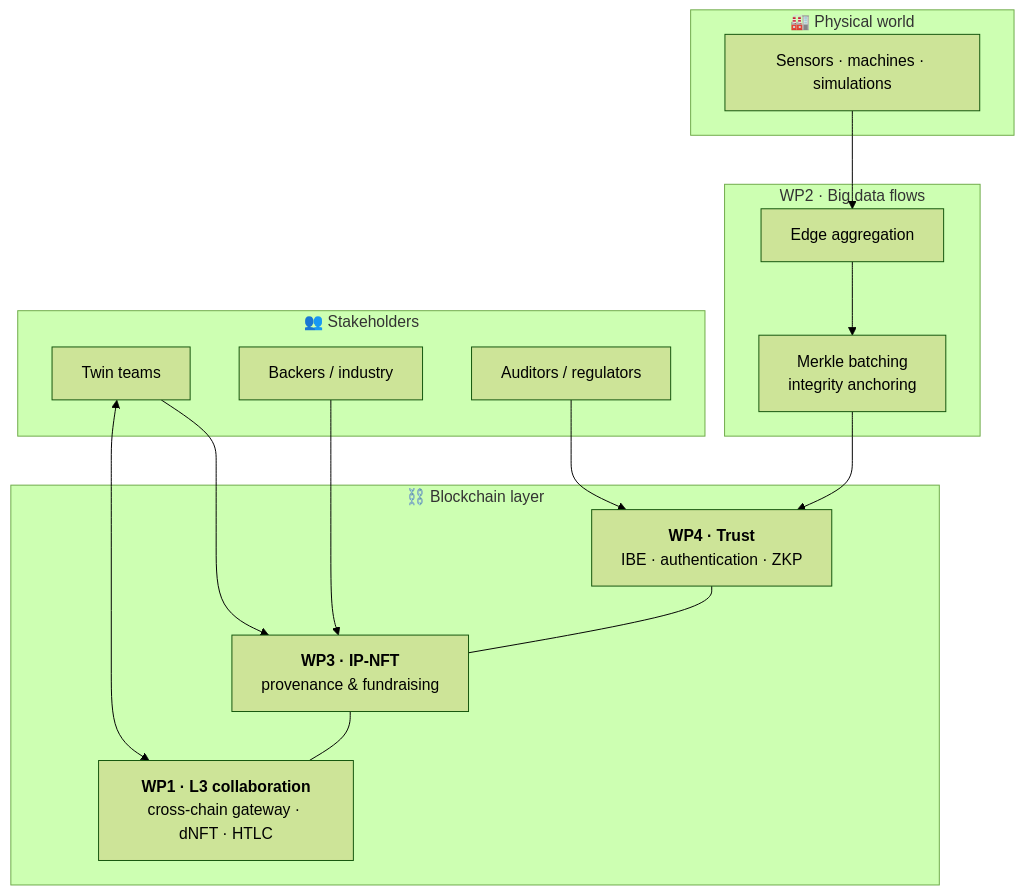
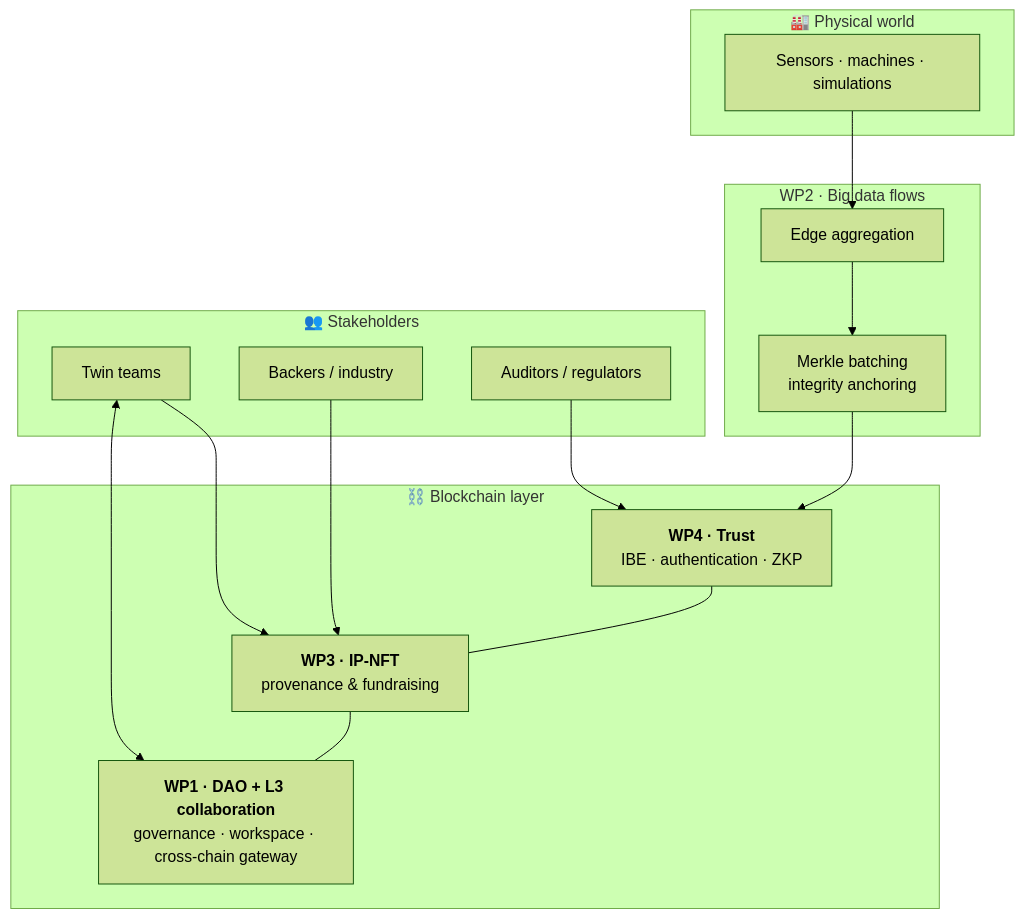
The first of 2 diagrams in README.md (smhbamakan/DeDT-platform), drawn with Mermaid (forest theme) before and after one commit. The commit also changed other lines of this file and 18 other files, not shown here.

First line of the commit message:
WP1 D1.2: DAO workspace for twin teams

````diff
--- a/README.md
+++ b/README.md
@@ -22,31 +22,31 @@
 ```mermaid
 flowchart TB
     subgraph Physical["🏭 Physical world"]
         S["Sensors · machines · simulations"]
     end
 
     subgraph WP2["WP2 · Big data flows"]
         E["Edge aggregation"] --> M["Merkle batching<br/>integrity anchoring"]
     end
 
     subgraph Chain["⛓️ Blockchain layer"]
-        WP1["<b>WP1 · L3 collaboration</b><br/>cross-chain gateway · dNFT · HTLC"]
+        WP1["<b>WP1 · DAO + L3 collaboration</b><br/>governance · workspace · cross-chain gateway"]
         WP3["<b>WP3 · IP-NFT</b><br/>provenance & fundraising"]
         WP4["<b>WP4 · Trust</b><br/>IBE · authentication · ZKP"]
     end
 
     subgraph Users["👥 Stakeholders"]
         T["Twin teams"]
         B["Backers / industry"]
         R["Auditors / regulators"]
     end
 
     S --> E
     M --> WP4
     T <--> WP1
     T --> WP3
     B --> WP3
     WP3 --- WP1
     WP4 --- WP3
     R --> WP4
 ```
````
